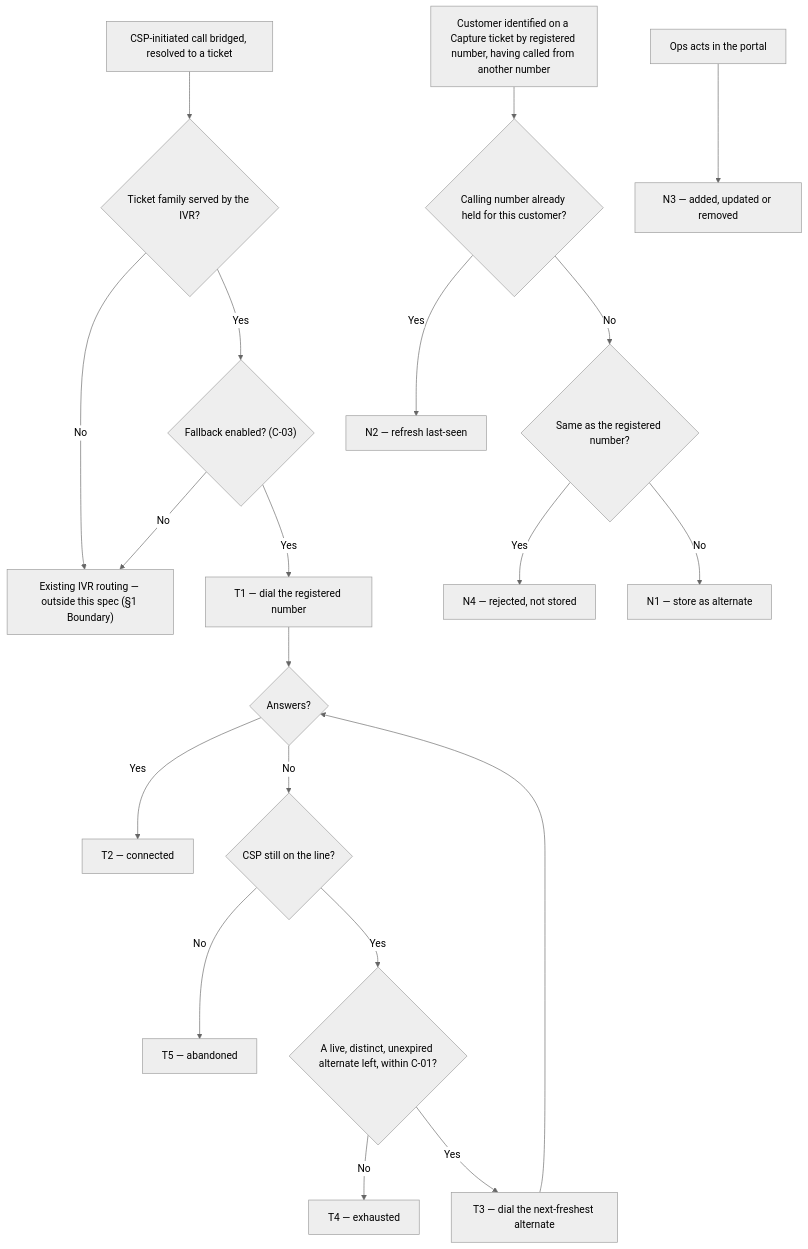
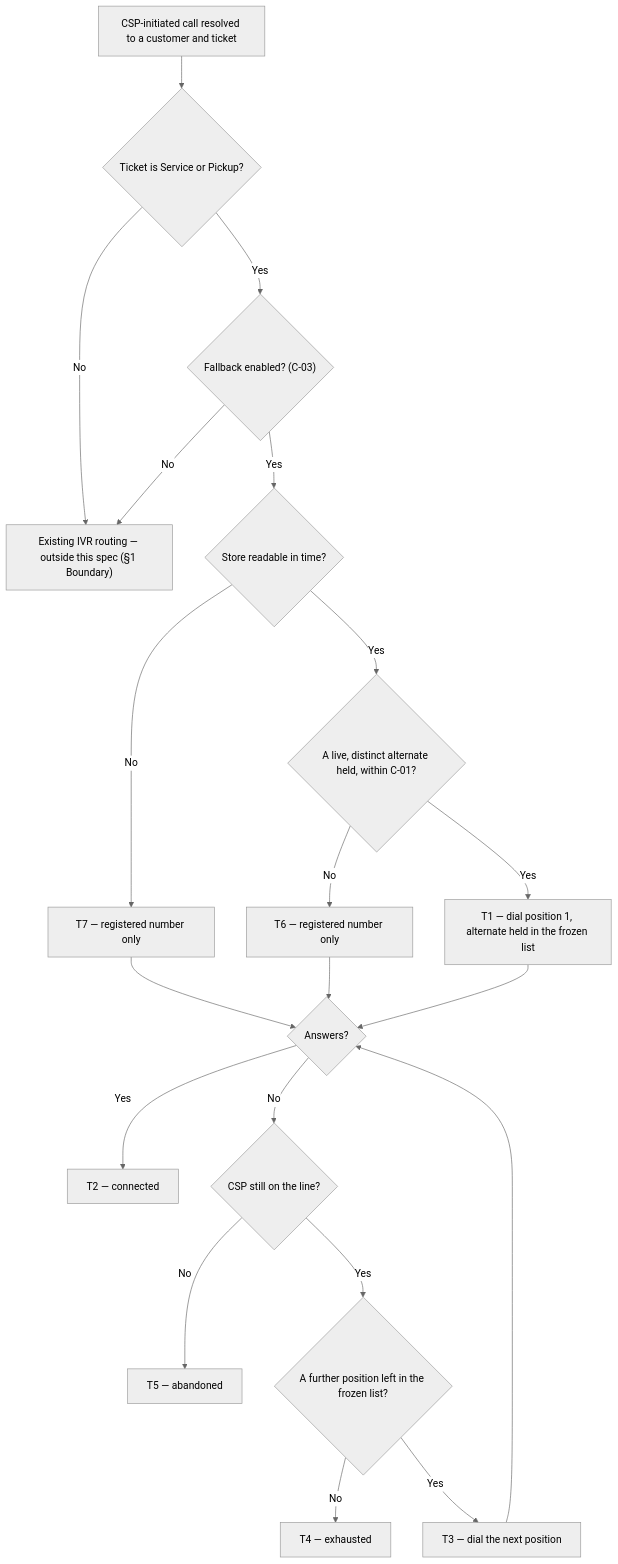
One commit to ashish-raj-wiom/ivr-alternate-number changed the diagram in IVR_Alternate_Number_PRD.md. Above: the diagram before and after it, drawn with Mermaid (neutral theme). The commit also changed other lines of this file and 2 other files, not shown here.

````diff
--- a/IVR_Alternate_Number_PRD.md
+++ b/IVR_Alternate_Number_PRD.md
@@ -96,22 +76,22 @@
 ```mermaid
 flowchart TD
-    A["CSP-initiated call bridged, resolved to a ticket"] --> B{"Ticket family served by the IVR?"}
+    A["CSP-initiated call resolved to a customer and ticket"] --> B{"Ticket is Service or Pickup?"}
     B -- "No" --> C["Existing IVR routing — outside this spec (§1 Boundary)"]
     B -- "Yes" --> D{"Fallback enabled? (C-03)"}
     D -- "No" --> C
-    D -- "Yes" --> E["T1 — dial the registered number"]
-    E --> F{"Answers?"}
-    F -- "Yes" --> G["T2 — connected"]
-    F -- "No" --> H{"CSP still on the line?"}
-    H -- "No" --> I["T5 — abandoned"]
-    H -- "Yes" --> J{"A live, distinct, unexpired alternate left, within C-01?"}
-    J -- "No" --> K["T4 — exhausted"]
-    J -- "Yes" --> L["T3 — dial the next-freshest alternate"]
-    L --> F
-    M["Customer identified on a Capture ticket by registered number, having called from another number"] --> N{"Calling number already held for this customer?"}
-    N -- "Yes" --> O["N2 — refresh last-seen"]
-    N -- "No" --> P{"Same as the registered number?"}
-    P -- "Yes" --> Q["N4 — rejected, not stored"]
-    P -- "No" --> R["N1 — store as alternate"]
-    S["Ops acts in the portal"] --> T["N3 — added, updated or removed"]
+    D -- "Yes" --> E{"Store readable in time?"}
+    E -- "No" --> F["T7 — registered number only"]
+    E -- "Yes" --> G{"A live, distinct alternate held, within C-01?"}
+    G -- "No" --> H["T6 — registered number only"]
+    G -- "Yes" --> I["T1 — dial position 1, alternate held in the frozen list"]
+    F --> J{"Answers?"}
+    H --> J
+    I --> J
+    J -- "Yes" --> K["T2 — connected"]
+    J -- "No" --> L{"CSP still on the line?"}
+    L -- "No" --> M["T5 — abandoned"]
+    L -- "Yes" --> N{"A further position left in the frozen list?"}
+    N -- "No" --> O["T4 — exhausted"]
+    N -- "Yes" --> P["T3 — dial the next position"]
+    P --> J
 ```
````
